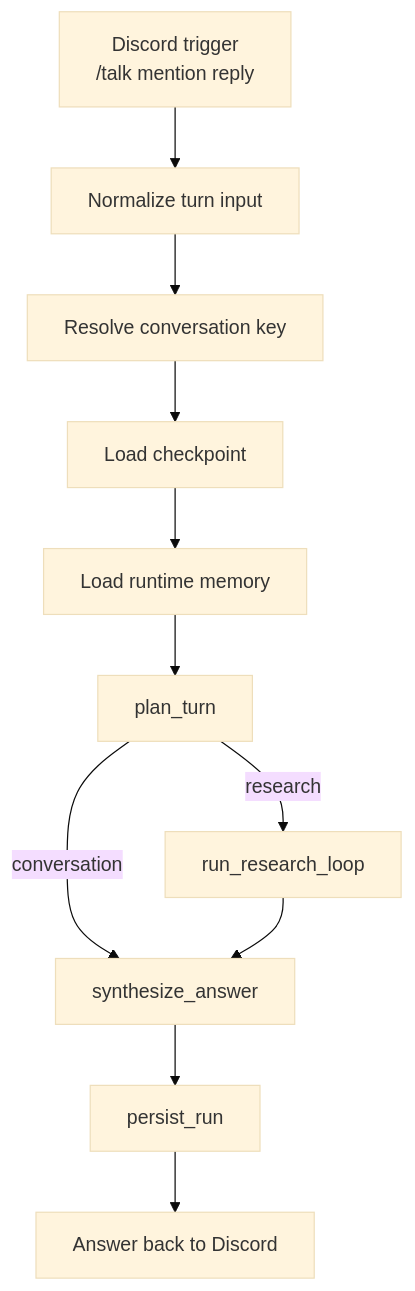
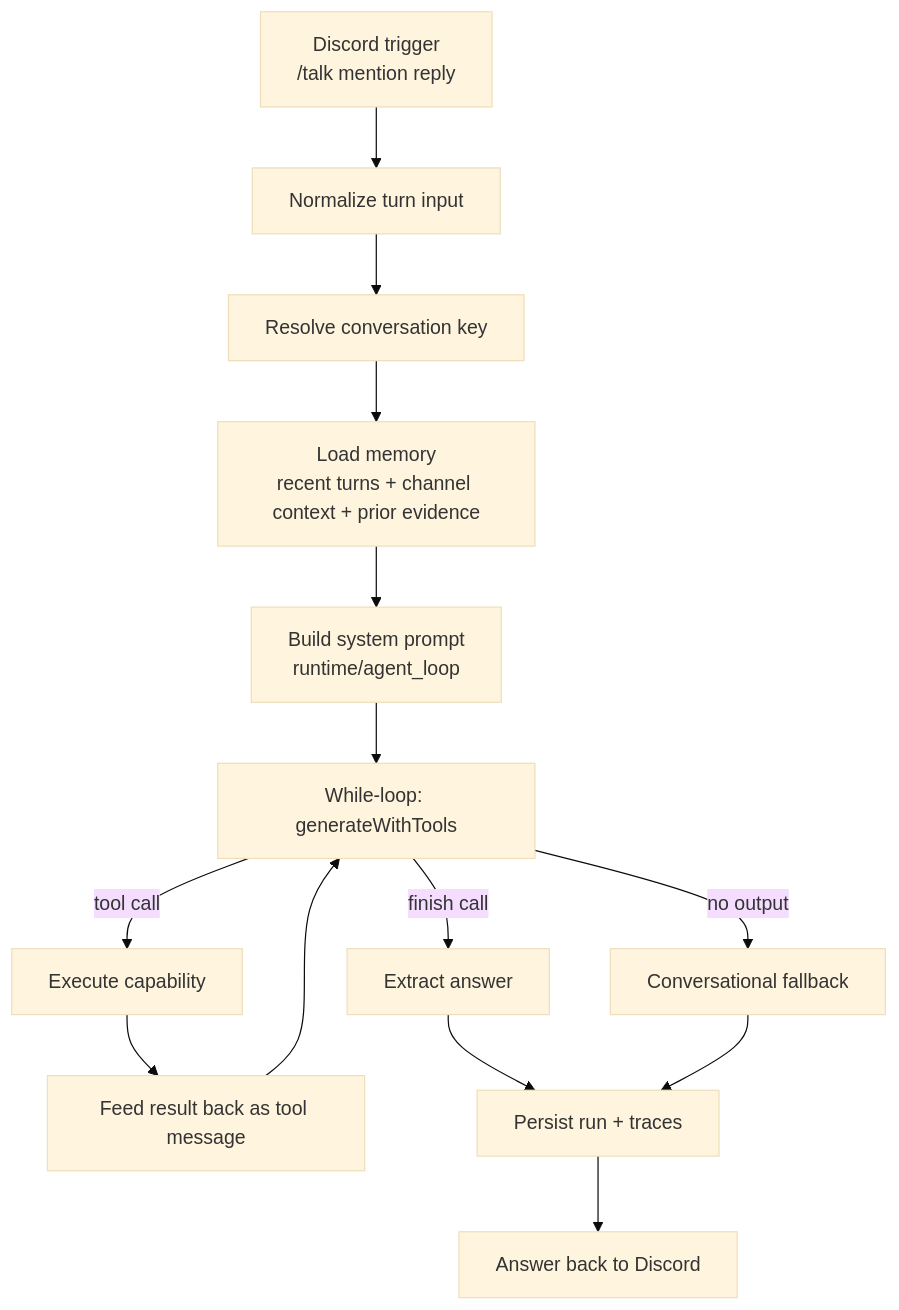
Before and after one commit to zF4ke/sophia: the first of 6 diagrams in docs/how-sophia-works.md, drawn with Mermaid (base theme). The commit also changed other lines of this file and 93 other files, not shown here.

First line of the commit message:
major rearchitecture: unified agent loop, forensic retrieval, debug panel, and runtime improvements

````diff
--- a/docs/how-sophia-works.md
+++ b/docs/how-sophia-works.md
@@ -28,13 +28,16 @@
 ```mermaid
 flowchart TD
     A[Discord trigger\n/talk mention reply] --> B[Normalize turn input]
     B --> C[Resolve conversation key]
-    C --> D[Load checkpoint]
-    D --> E[Load runtime memory]
-    E --> F[plan_turn]
-    F -->|conversation| G[synthesize_answer]
-    F -->|research| H[run_research_loop]
-    H --> G
-    G --> I[persist_run]
-    I --> J[Answer back to Discord]
+    C --> D[Load memory\nrecent turns + channel context + prior evidence]
+    D --> E[Build system prompt\nruntime/agent_loop]
+    E --> F[While-loop: generateWithTools]
+    F -->|tool call| G[Execute capability]
+    G --> H[Feed result back as tool message]
+    H --> F
+    F -->|finish call| I[Extract answer]
+    F -->|no output| J[Conversational fallback]
+    I --> K[Persist run + traces]
+    J --> K
+    K --> L[Answer back to Discord]
 ```
````
